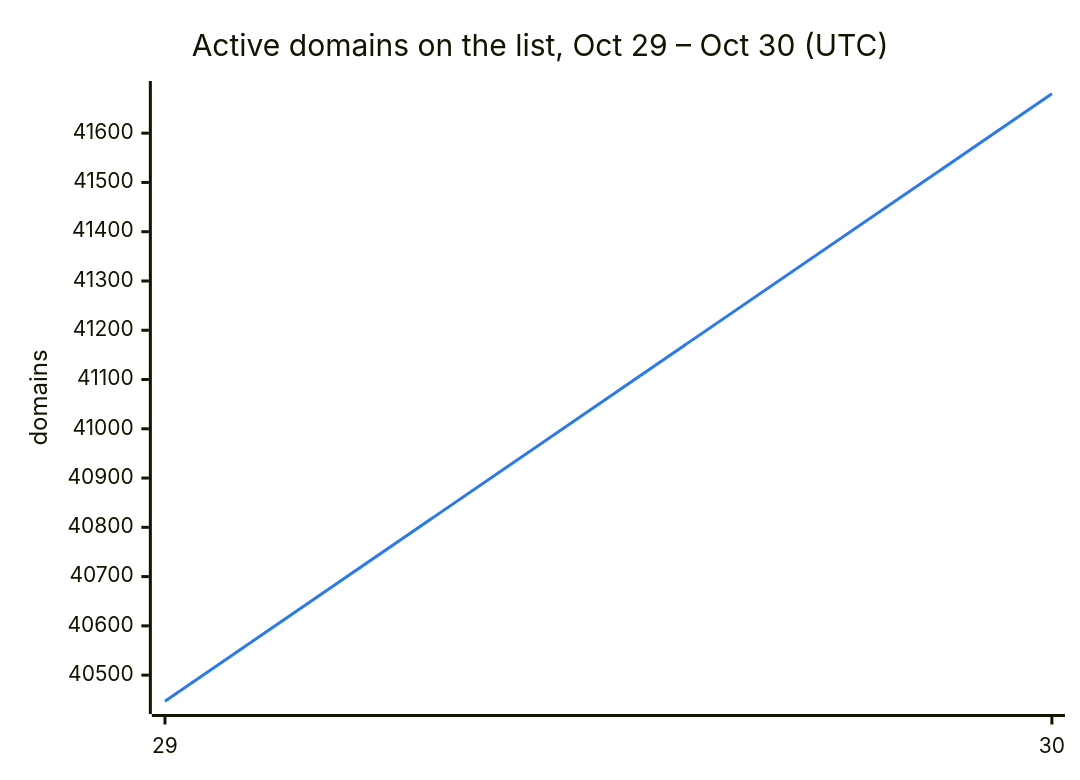
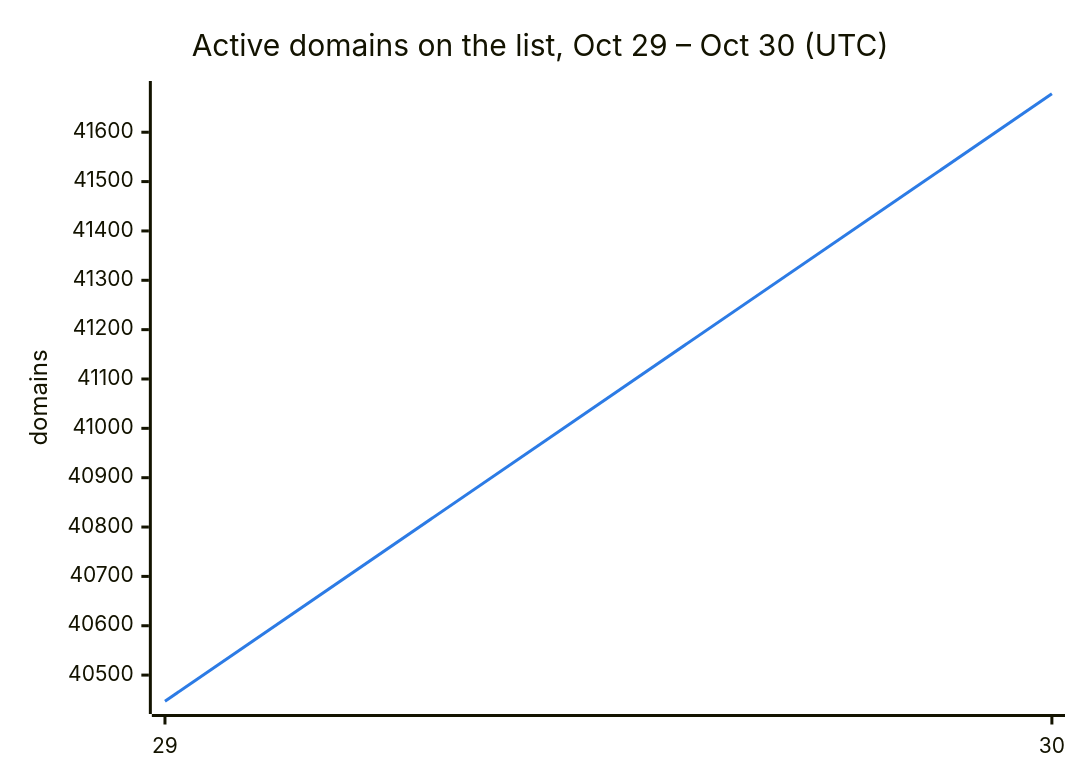
The second of 3 diagrams in README.md (DNSBunker/CTI), drawn with Mermaid before and after one commit. The commit also changed other lines of this file and 3 other files, not shown here.

````diff
--- a/README.md
+++ b/README.md
@@ -38,8 +38,8 @@
 ```mermaid
 %%{init: {"themeVariables": {"xyChart": {"plotColorPalette": "#2c7be5"}}}}%%
 xychart-beta
     title "Active domains on the list, Oct 29 – Oct 30 (UTC)"
     x-axis ["29", "30"]
     y-axis "domains"
-    line [40447, 41680]
+    line [40447, 41678]
 ```
````
